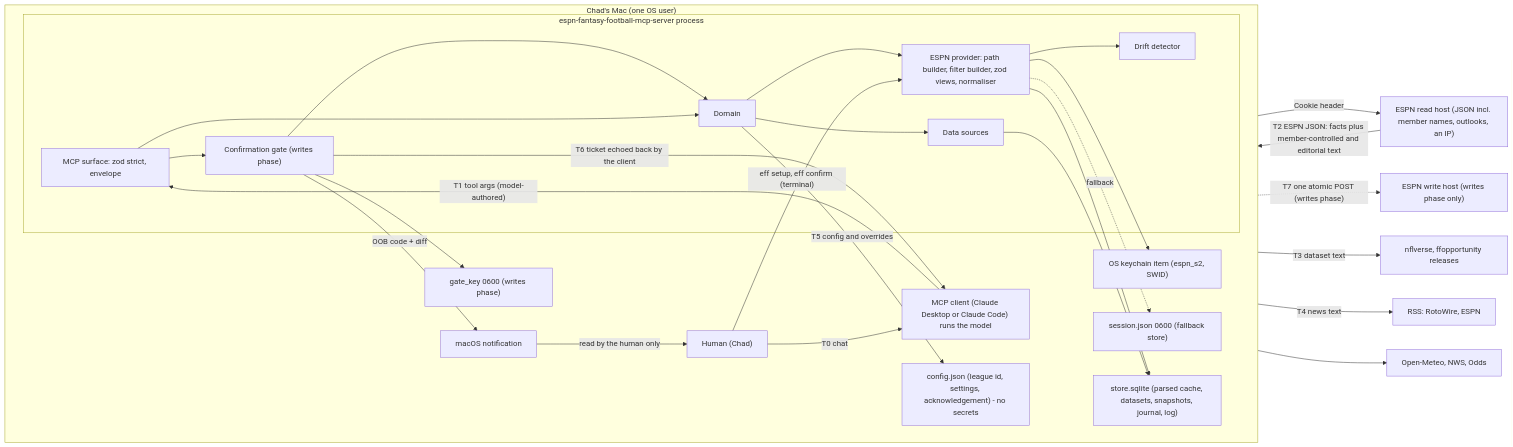
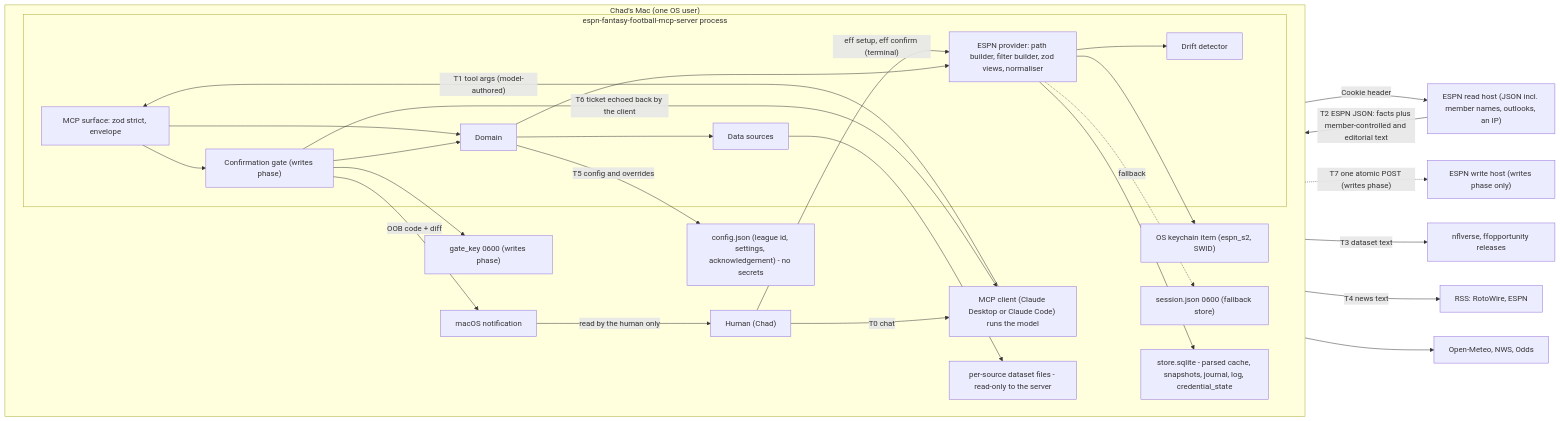
One commit to ChadPapineau/espn-fantasy-football-mcp changed the first of 3 diagrams in docs/plan/02-security-architecture.md. Above: the diagram before and after it, drawn with Mermaid. The commit also changed other lines of this file and 9 other files, not shown here.

````diff
--- a/docs/plan/02-security-architecture.md
+++ b/docs/plan/02-security-architecture.md
@@ -35,51 +35,52 @@
 ```mermaid
 flowchart LR
   subgraph MACHINE["Chad's Mac (one OS user)"]
     direction LR
     USER["Human (Chad)"]
     CLIENT["MCP client (Claude Desktop or Claude Code) runs the model"]
     subgraph PROC["espn-fantasy-football-mcp-server process"]
       MCPS["MCP surface: zod strict, envelope"]
       GATE["Confirmation gate (writes phase)"]
       DOM["Domain"]
       PROV["ESPN provider: path builder, filter builder, zod views, normaliser"]
       DRIFT["Drift detector"]
       SRC["Data sources"]
     end
     KC["OS keychain item (espn_s2, SWID)"]
     CF["session.json 0600 (fallback store)"]
     GK["gate_key 0600 (writes phase)"]
-    DB["store.sqlite (parsed cache, datasets, snapshots, journal, log)"]
+    DB["store.sqlite - parsed cache, snapshots, journal, log, credential_state"]
+    DSF["per-source dataset files - read-only to the server"]
     CFG["config.json (league id, settings, acknowledgement) - no secrets"]
     NOTIF["macOS notification"]
   end
   ESPNR["ESPN read host (JSON incl. member names, outlooks, an IP)"]
   ESPNW["ESPN write host (writes phase only)"]
   NFLV["nflverse, ffopportunity releases"]
   NEWS["RSS: RotoWire, ESPN"]
   WX["Open-Meteo, NWS, Odds"]
 
   USER -- "T0 chat" --> CLIENT
   CLIENT -- "T1 tool args (model-authored)" --> MCPS
   MCPS --> GATE --> DOM
   MCPS --> DOM
   DOM --> PROV
   DOM --> SRC
   PROV -- "Cookie header" --> ESPNR
   ESPNR -- "T2 ESPN JSON: facts plus member-controlled and editorial text" --> PROV
   PROV --> DRIFT
   GATE -. "T7 one atomic POST (writes phase)" .-> ESPNW
   SRC -- "T3 dataset text" --> NFLV
   SRC -- "T4 news text" --> NEWS
   SRC --> WX
   PROV --> KC
   PROV -. "fallback" .-> CF
   PROV --> DB
-  SRC --> DB
+  SRC --> DSF
   DOM -- "T5 config and overrides" --> CFG
   GATE -- "T6 ticket echoed back by the client" --> CLIENT
   GATE --> GK
   GATE -- "OOB code + diff" --> NOTIF
   NOTIF -- "read by the human only" --> USER
   USER -- "eff setup, eff confirm (terminal)" --> PROV
 ```
````
